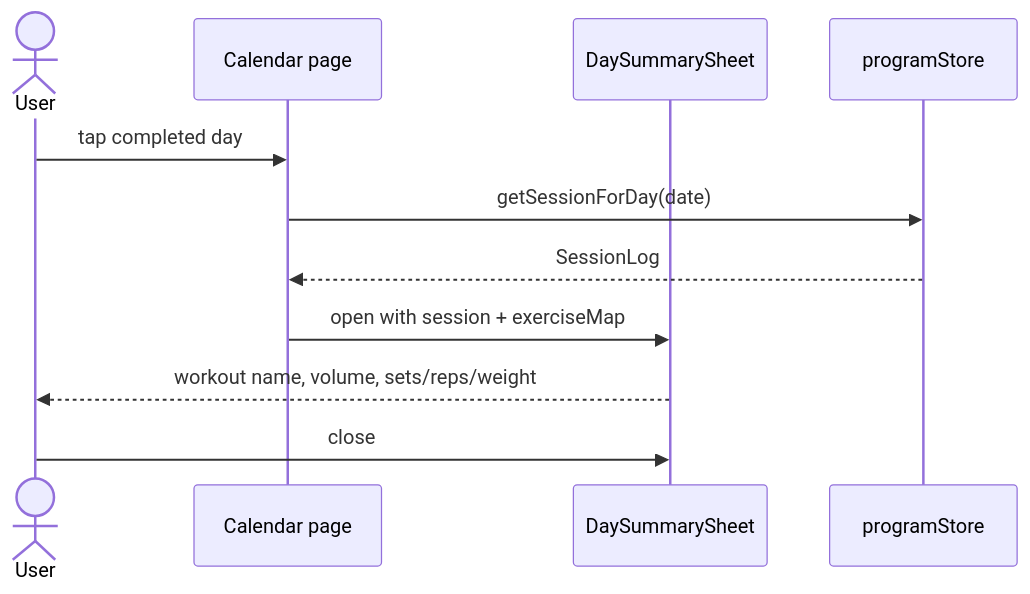
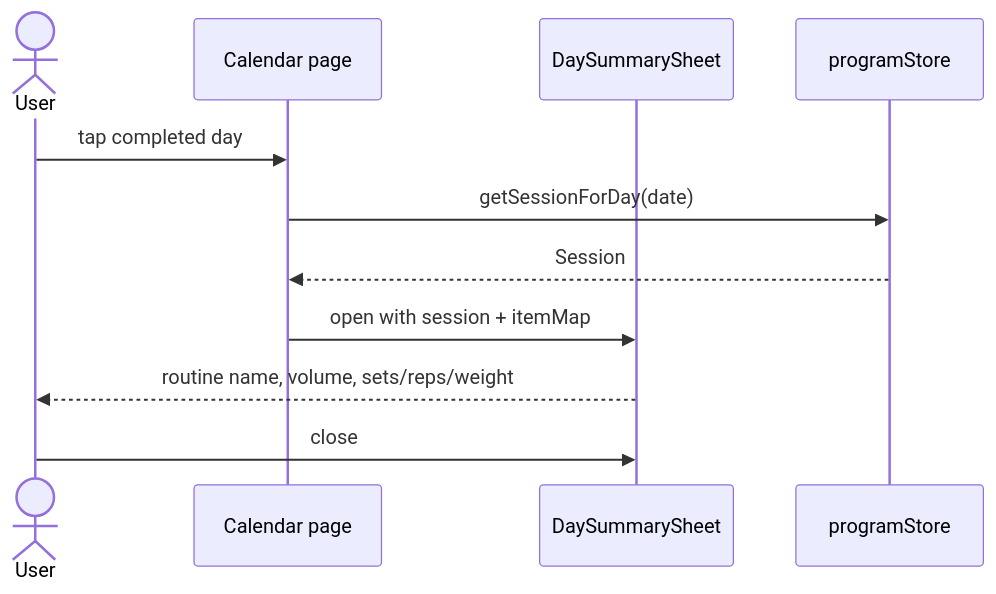
Before and after one commit to jermbo/CosmicWorkOut: the second of 2 diagrams in docs/requirements/history-calendar.md, drawn with Mermaid. The commit also changed other lines of this file and 132 other files, not shown here.

````diff
--- a/docs/requirements/history-calendar.md
+++ b/docs/requirements/history-calendar.md
@@ -86,14 +93,14 @@
 ```mermaid
 sequenceDiagram
     actor User
     participant Cal as Calendar page
     participant Sheet as DaySummarySheet
     participant Store as programStore
 
     User->>Cal: tap completed day
     Cal->>Store: getSessionForDay(date)
-    Store-->>Cal: SessionLog
-    Cal->>Sheet: open with session + exerciseMap
-    Sheet-->>User: workout name, volume, sets/reps/weight
+    Store-->>Cal: Session
+    Cal->>Sheet: open with session + itemMap
+    Sheet-->>User: routine name, volume, sets/reps/weight
     User->>Sheet: close
 ```
````
